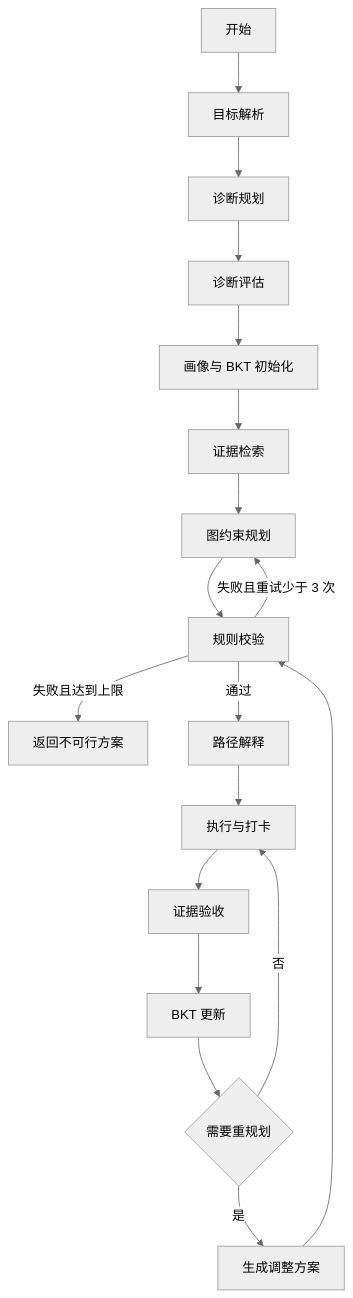
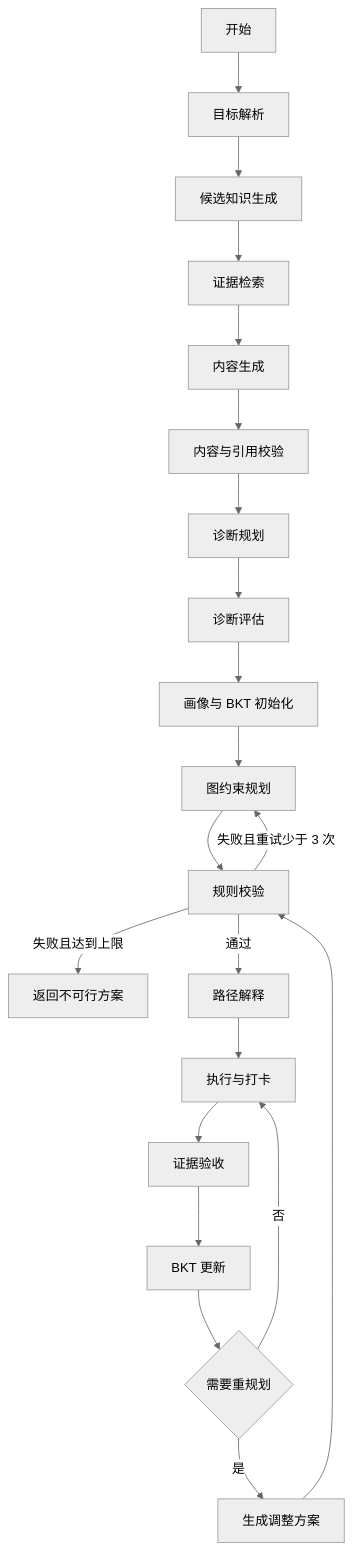
One commit to TIAN-lab300/my-github changed the third of 4 diagrams in docs/superpowers/specs/2026-09-30-smart-learning-planner-design.md. Above: the diagram before and after it, drawn with Mermaid (neutral theme). The commit also changed other lines of this file, not shown here.

````diff
--- a/docs/superpowers/specs/2026-09-30-smart-learning-planner-design.md
+++ b/docs/superpowers/specs/2026-09-30-smart-learning-planner-design.md
@@ -578,20 +764,23 @@
 ```mermaid
 flowchart TD
     S[开始] --> A[目标解析]
-    A --> B[诊断规划]
-    B --> C[诊断评估]
-    C --> D[画像与 BKT 初始化]
-    D --> E[证据检索]
-    E --> F[图约束规划]
-    F --> G[规则校验]
-    G -->|失败且重试少于 3 次| F
-    G -->|失败且达到上限| H[返回不可行方案]
-    G -->|通过| I[路径解释]
-    I --> J[执行与打卡]
-    J --> K[证据验收]
-    K --> L[BKT 更新]
-    L --> M{需要重规划}
-    M -->|否| J
-    M -->|是| N[生成调整方案]
-    N --> G
+    A --> B[候选知识生成]
+    B --> C[证据检索]
+    C --> D[内容生成]
+    D --> E[内容与引用校验]
+    E --> F[诊断规划]
+    F --> G[诊断评估]
+    G --> H[画像与 BKT 初始化]
+    H --> I[图约束规划]
+    I --> J[规则校验]
+    J -->|失败且重试少于 3 次| I
+    J -->|失败且达到上限| K[返回不可行方案]
+    J -->|通过| L[路径解释]
+    L --> M[执行与打卡]
+    M --> N[证据验收]
+    N --> O[BKT 更新]
+    O --> P{需要重规划}
+    P -->|否| M
+    P -->|是| Q[生成调整方案]
+    Q --> J
 ```
````
